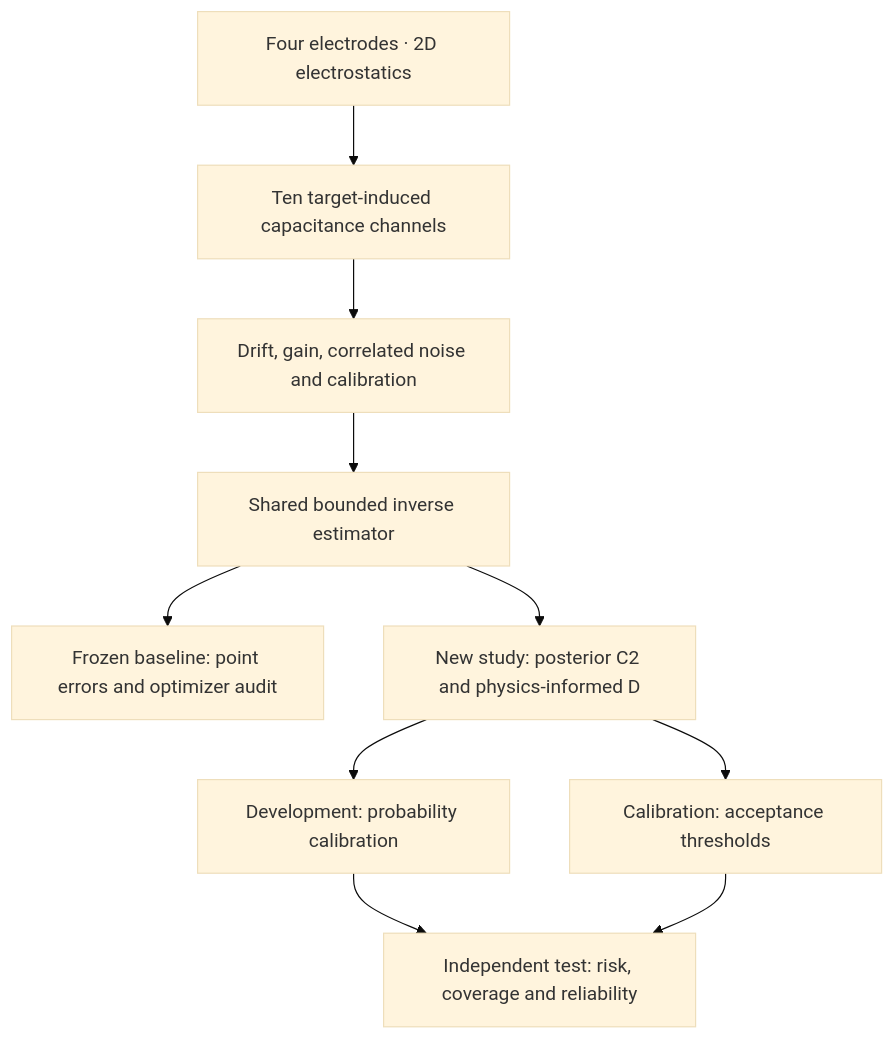
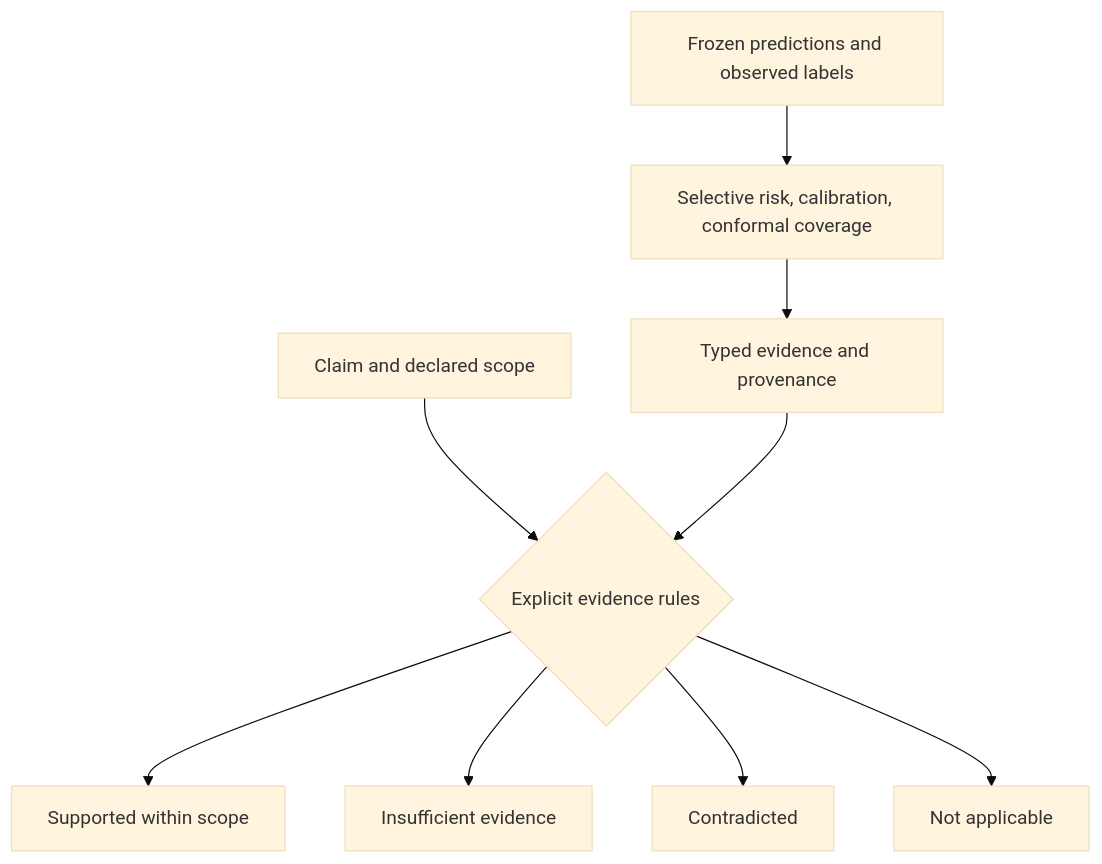
Before and after one commit to topherchris420/triad: the diagram in README.md, drawn with Mermaid (base theme). The commit also changed other lines of this file, not shown here.

Commit message:
docs: elevate TRIAD README around usable tools and reproducible evidence

````diff
--- a/README.md
+++ b/README.md
@@ -405,12 +182,11 @@
 ```mermaid
 flowchart TD
-    A["Four electrodes · 2D electrostatics"] --> B["Ten target-induced capacitance channels"]
-    B --> C["Drift, gain, correlated noise and calibration"]
-    C --> D["Shared bounded inverse estimator"]
-    D --> E["Frozen baseline: point errors and optimizer audit"]
-    D --> F["New study: posterior C2 and physics-informed D"]
-    F --> G["Development: probability calibration"]
-    F --> H["Calibration: acceptance thresholds"]
-    G --> I["Independent test: risk, coverage and reliability"]
-    H --> I
+    A["Frozen predictions and observed labels"] --> B["Selective risk, calibration, conformal coverage"]
+    B --> C["Typed evidence and provenance"]
+    D["Claim and declared scope"] --> E{"Explicit evidence rules"}
+    C --> E
+    E --> F["Supported within scope"]
+    E --> G["Insufficient evidence"]
+    E --> H["Contradicted"]
+    E --> I["Not applicable"]
 ```
````
